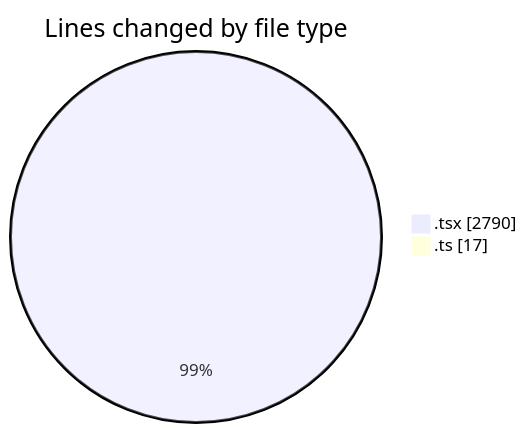
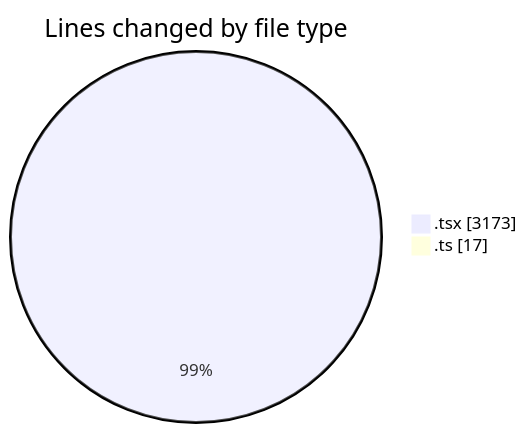
Before and after one commit to nxtqubesakshisongat/code-tracking: the first of 2 diagrams in 2026-03-15/nxtqube_webapp/README.md, drawn with Mermaid. The commit also changed other lines of this file and 1 other file, not shown here.

````diff
--- a/2026-03-15/nxtqube_webapp/README.md
+++ b/2026-03-15/nxtqube_webapp/README.md
@@ -23,6 +23,6 @@
 ```mermaid
 pie showData
 title Lines changed by file type
-".tsx" : 2790
+".tsx" : 3173
 ".ts" : 17
 ```
````
